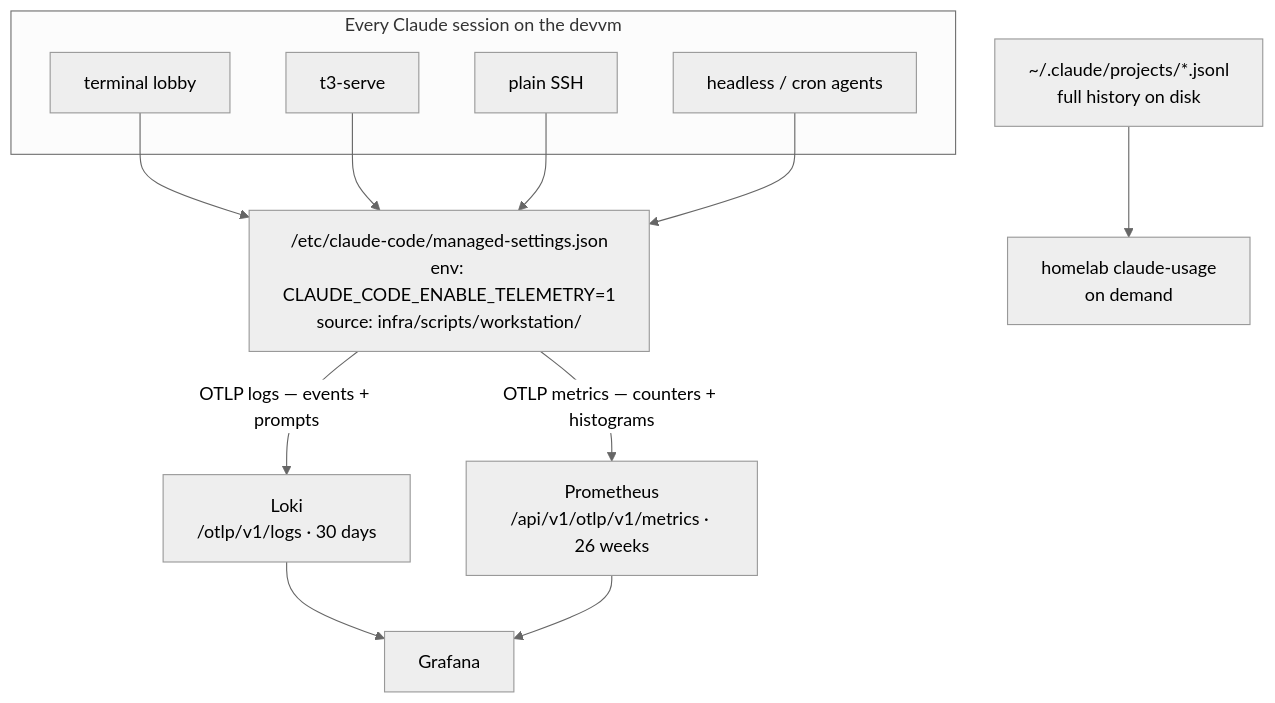
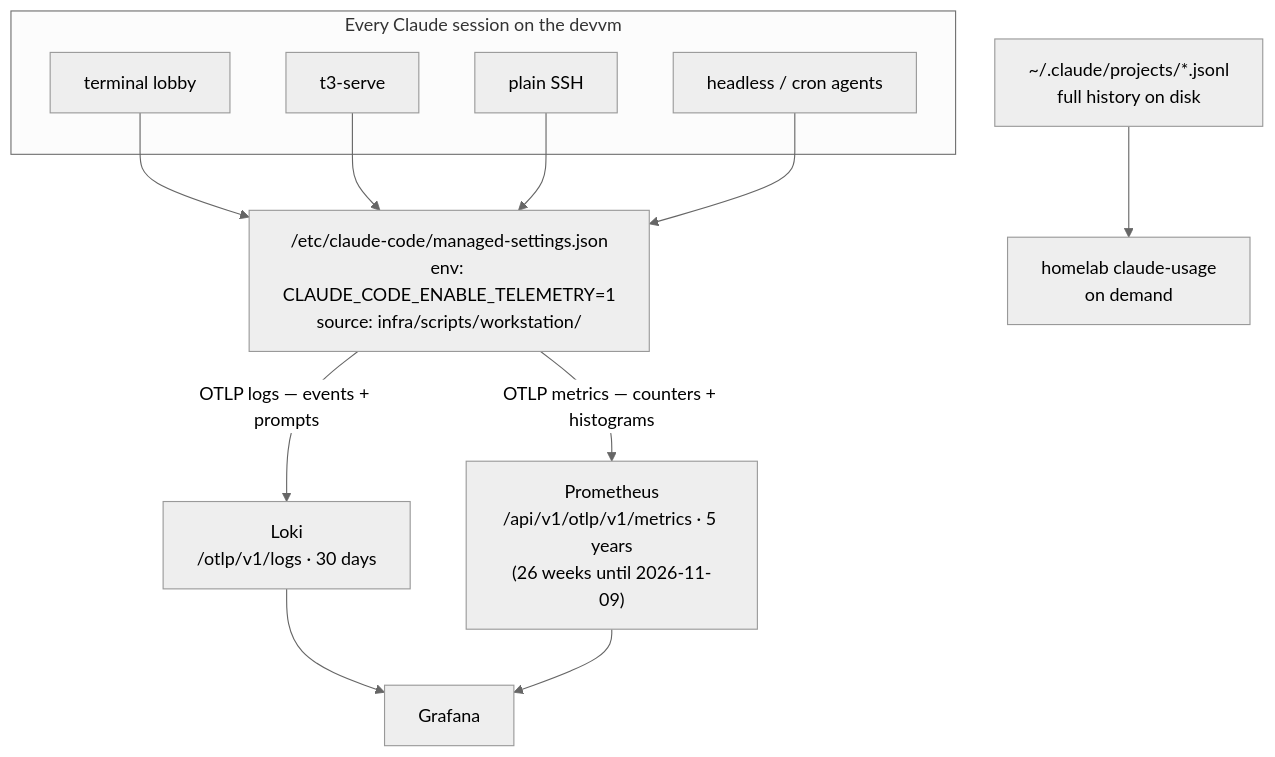
One commit to ViktorBarzin/infra changed the diagram in docs/adr/0025-claude-session-telemetry.md. Above: the diagram before and after it, drawn with Mermaid (neutral theme). The commit also changed 4 other files, not shown here.

First line of the commit message:
Docs: Prometheus keeps 5 years, and its versions as deployed

````diff
--- a/docs/adr/0025-claude-session-telemetry.md
+++ b/docs/adr/0025-claude-session-telemetry.md
@@ -54,28 +54,28 @@
 ```mermaid
 flowchart TD
     subgraph sessions["Every Claude session on the devvm"]
         L["terminal lobby"]
         T["t3-serve"]
         S["plain SSH"]
         H["headless / cron agents"]
     end
 
     MS["/etc/claude-code/managed-settings.json<br/>env: CLAUDE_CODE_ENABLE_TELEMETRY=1<br/>source: infra/scripts/workstation/"]
 
     LK["Loki<br/>/otlp/v1/logs · 30 days"]
-    PR["Prometheus<br/>/api/v1/otlp/v1/metrics · 26 weeks"]
+    PR["Prometheus<br/>/api/v1/otlp/v1/metrics · 5 years<br/>(26 weeks until 2026-11-09)"]
     G["Grafana"]
 
     TR["~/.claude/projects/*.jsonl<br/>full history on disk"]
     CLI["homelab claude-usage<br/>on demand"]
 
     L --> MS
     T --> MS
     S --> MS
     H --> MS
     MS -->|"OTLP logs — events + prompts"| LK
     MS -->|"OTLP metrics — counters + histograms"| PR
     LK --> G
     PR --> G
     TR --> CLI
 ```
````
